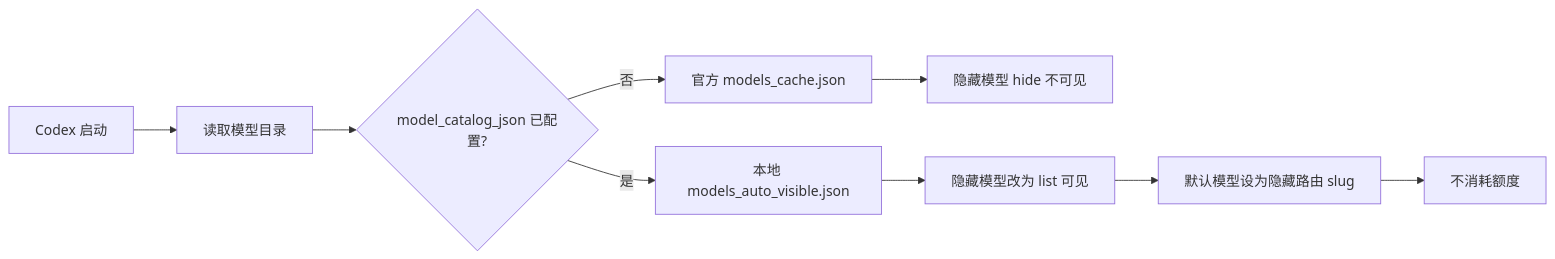
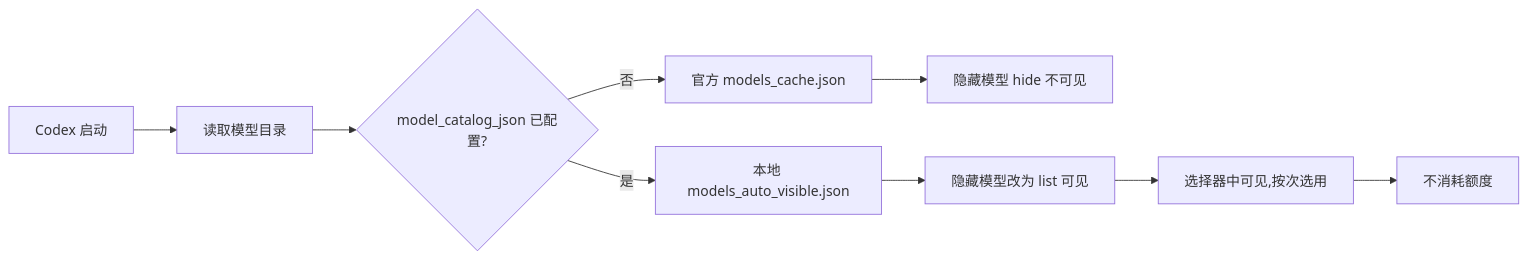
One commit to 1837620622/codex-hidden-model-guide changed the diagram in README.md. Above: the diagram before and after it, drawn with Mermaid. The commit also changed other lines of this file and 2 other files, not shown here.

````diff
--- a/README.md
+++ b/README.md
@@ -47,11 +47,11 @@
 ```mermaid
 graph LR
     A[Codex 启动] --> B[读取模型目录]
     B --> C{model_catalog_json 已配置?}
     C -->|否| D[官方 models_cache.json]
     C -->|是| E[本地 models_auto_visible.json]
     D --> F[隐藏模型 hide 不可见]
     E --> G[隐藏模型改为 list 可见]
-    G --> H[默认模型设为隐藏路由 slug]
+    G --> H[选择器中可见,按次选用]
     H --> I[不消耗额度]
 ```
````
